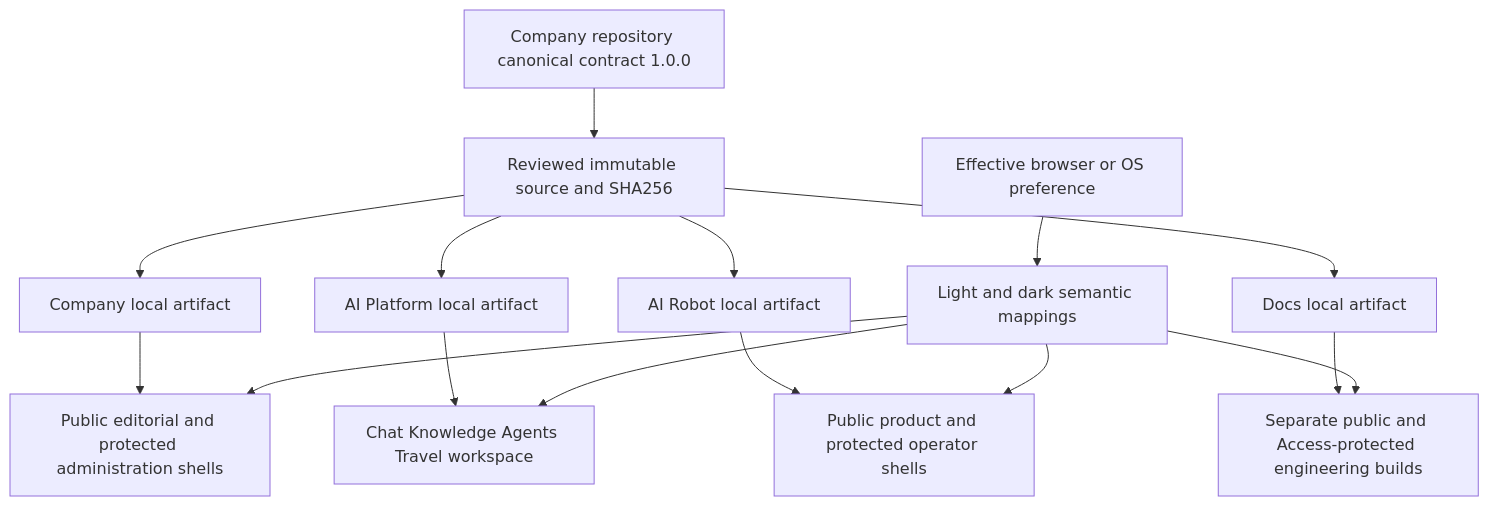
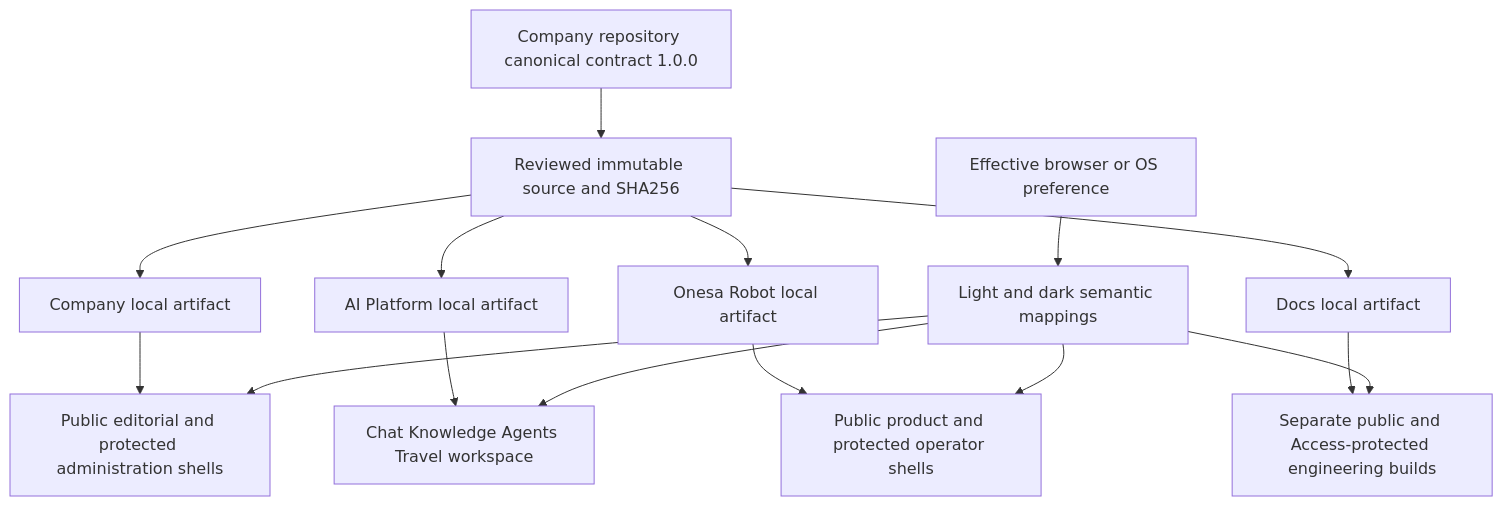
The diagram in docs/diagrams/onesa-design-system.mmd (DruHustle/onesa-ai-platform), drawn with Mermaid before and after one commit. The commit also changed 15 other files, not shown here.

Commit message:
Publish the Onesa Robot name in drawings, navigation and manuals

```diff
--- a/docs/diagrams/onesa-design-system.mmd
+++ b/docs/diagrams/onesa-design-system.mmd
@@ -1,15 +1,15 @@
 flowchart TB
   Source[Company repository canonical contract 1.0.0] --> Review[Reviewed immutable source and SHA256]
   Review --> Company[Company local artifact]
   Review --> AI[AI Platform local artifact]
-  Review --> Robot[AI Robot local artifact]
+  Review --> Robot[Onesa Robot local artifact]
   Review --> Docs[Docs local artifact]
   Company --> Marketing[Public editorial and protected administration shells]
   AI --> Workspace[Chat Knowledge Agents Travel workspace]
   Robot --> Operator[Public product and protected operator shells]
   Docs --> Publication[Separate public and Access-protected engineering builds]
   Preference[Effective browser or OS preference] --> Semantic[Light and dark semantic mappings]
   Semantic --> Marketing
   Semantic --> Workspace
   Semantic --> Operator
   Semantic --> Publication
```
